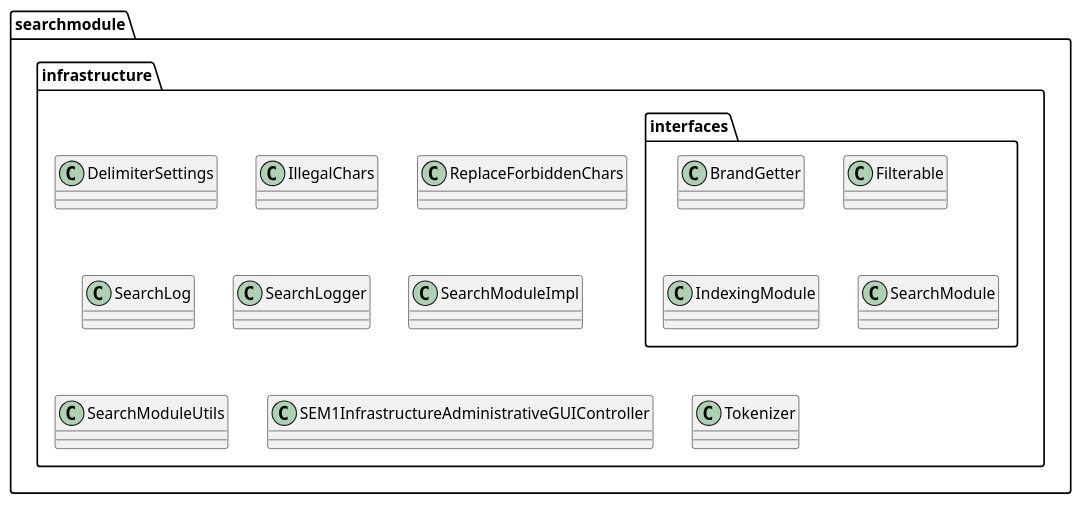
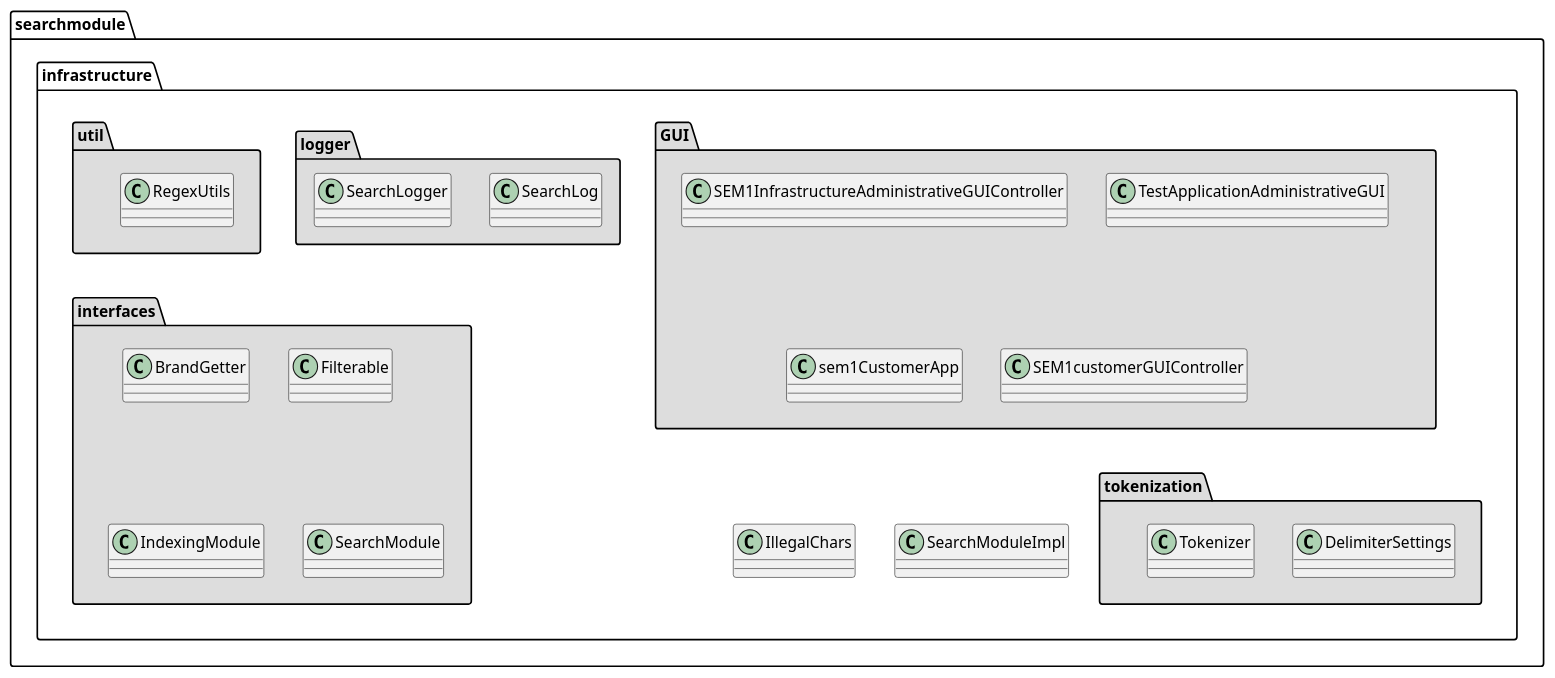
One commit to LangeHenrik/SDU-SE-F22 changed the diagram in src/main/java/dk/sdu/se_f22/searchmodule/infrastructure/diagrams/package.puml. Above: the diagram before and after it, drawn with PlantUML.

Commit message:
Updated package diagram

```diff
--- a/src/main/java/dk/sdu/se_f22/searchmodule/infrastructure/diagrams/package.puml
+++ b/src/main/java/dk/sdu/se_f22/searchmodule/infrastructure/diagrams/package.puml
@@ -1,20 +1,36 @@
 @startuml
 'https://plantuml.com/sequence-diagram
 package searchmodule {
   package infrastructure{
-  package interfaces{
+  package interfaces #ddd{
     class BrandGetter
     class Filterable
     class IndexingModule
     class SearchModule
+    }
+  package GUI #ddd{
+    class SEM1InfrastructureAdministrativeGUIController
+    class TestApplicationAdministrativeGUI
+    class sem1CustomerApp
+    class SEM1customerGUIController
+    }
+  package logger #ddd{
+    class SearchLog
+    class SearchLogger
+    }
+  package tokenization #ddd{
+    class DelimiterSettings
+    class Tokenizer
+    }
+  package util #ddd{
+    class RegexUtils
+    }
+class IllegalChars
+class SearchModuleImpl
 }
-class DelimiterSettings
-class IllegalChars
-class ReplaceForbiddenChars
-class SearchLog
-class SearchLogger
-class SearchModuleImpl
-class SearchModuleUtils
-class SEM1InfrastructureAdministrativeGUIController
-class Tokenizer
+
+util -[hidden]-> interfaces
+GUI -[hidden]--> tokenization
+GUI -[hidden]--> IllegalChars
+GUI -[hidden]--> SearchModuleImpl
 @enduml
```
